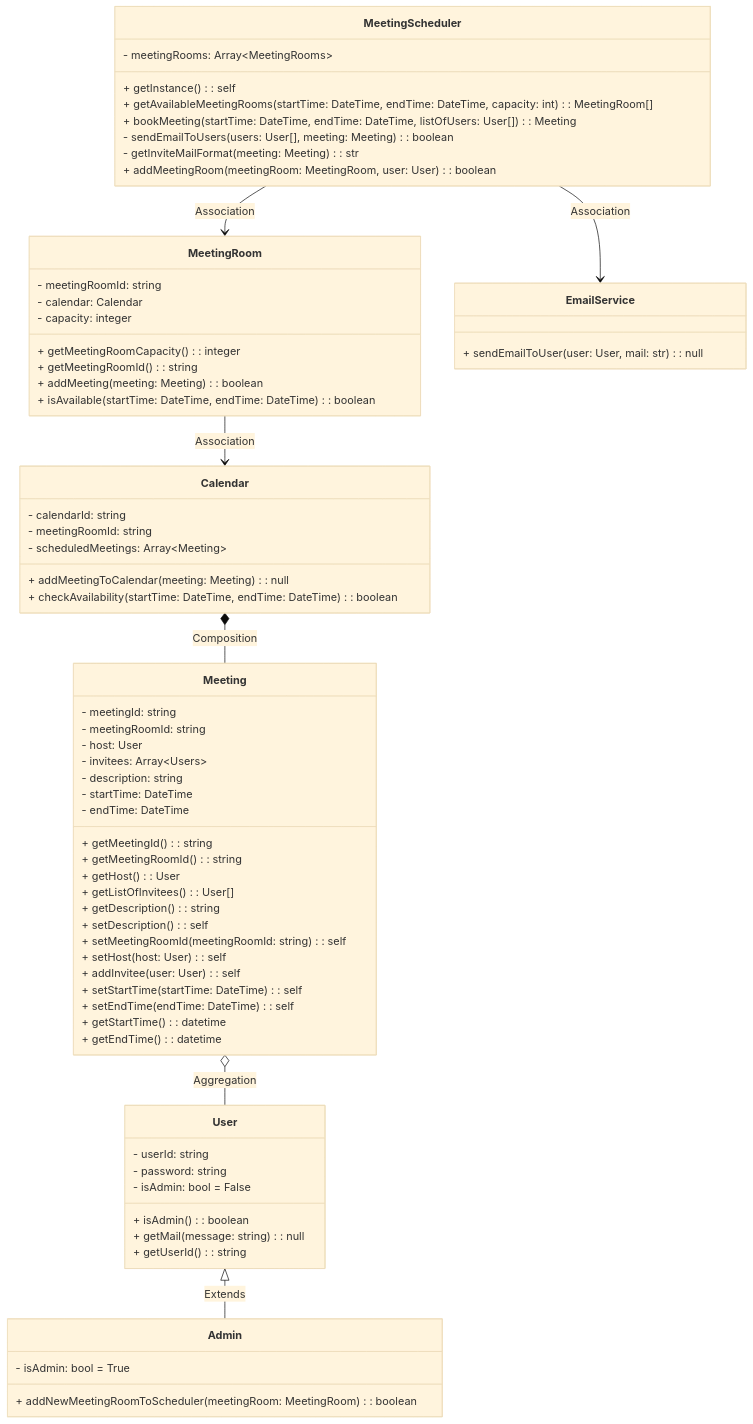
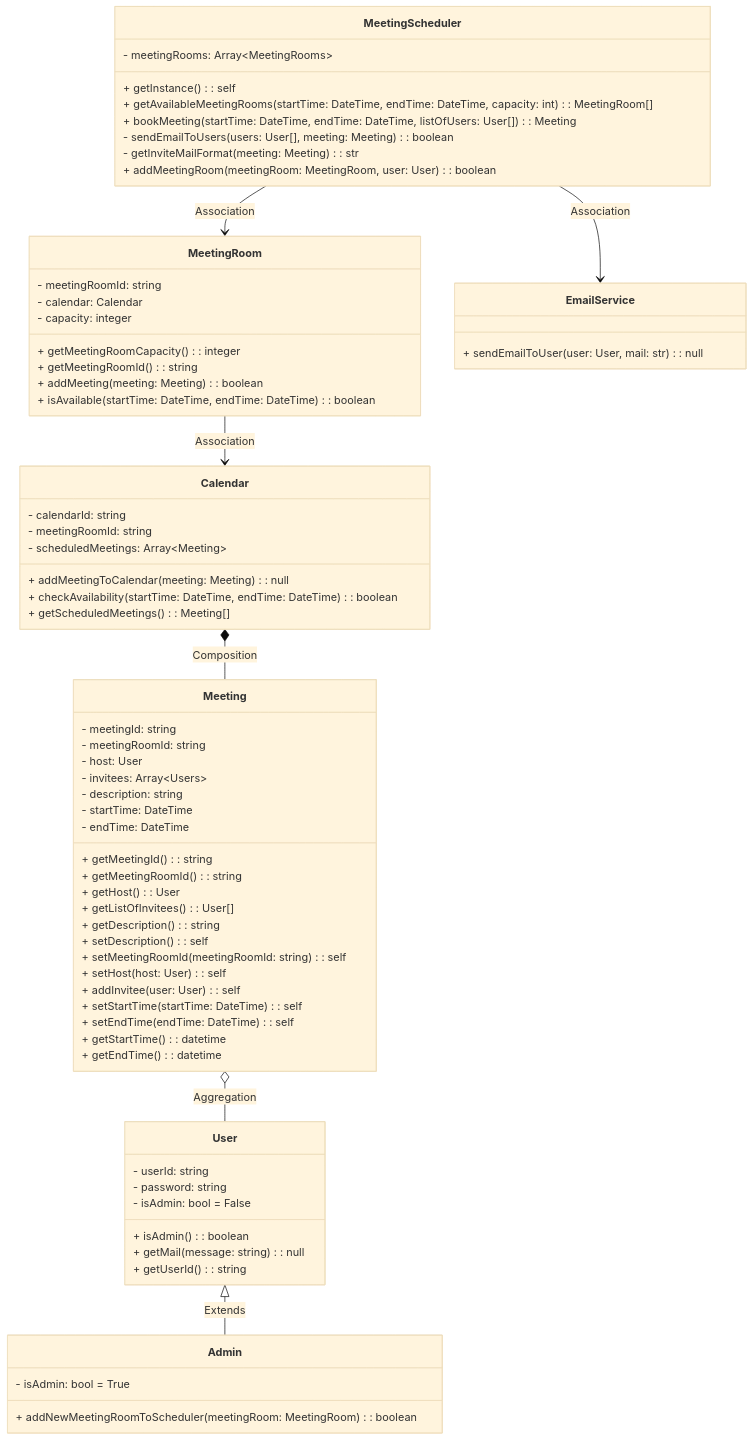
One commit to vinaycchndra/Python_LLDs changed the diagram in MeetingScheduler/ReadMe.md. Above: the diagram before and after it, drawn with Mermaid (base theme). The commit also changed 2 other files, not shown here.

Commit message:
added the test case for the calendar.

````diff
--- a/MeetingScheduler/ReadMe.md
+++ b/MeetingScheduler/ReadMe.md
@@ -38,81 +38,82 @@
 ```mermaid
 classDiagram
     class MeetingScheduler{
     - meetingRooms: Array~MeetingRooms~
     + getInstance(): self
     + getAvailableMeetingRooms(startTime: DateTime, endTime: DateTime, capacity: int): MeetingRoom[]
     + bookMeeting(startTime: DateTime, endTime: DateTime, listOfUsers: User[]): Meeting
     - sendEmailToUsers(users: User[], meeting: Meeting): boolean
     - getInviteMailFormat(meeting: Meeting): str
     + addMeetingRoom(meetingRoom: MeetingRoom, user: User): boolean
     }
 
     MeetingScheduler --> MeetingRoom: Association 
     MeetingScheduler --> EmailService: Association
 
     class EmailService{
         + sendEmailToUser(user: User, mail: str): null
     }
 
     class MeetingRoom{
         - meetingRoomId: string
         - calendar: Calendar
         - capacity: integer
         + getMeetingRoomCapacity(): integer
         + getMeetingRoomId(): string
         + addMeeting(meeting: Meeting): boolean
         + isAvailable(startTime: DateTime, endTime: DateTime): boolean
     }
 
     class Calendar{
         - calendarId: string
         - meetingRoomId: string
         - scheduledMeetings: Array~Meeting~
         + addMeetingToCalendar(meeting: Meeting): null
         + checkAvailability(startTime: DateTime, endTime: DateTime): boolean
+        + getScheduledMeetings(): Meeting[]
     }
     
     MeetingRoom --> Calendar: Association
     Calendar *-- Meeting: Composition
     
     class User{
         - userId: string
         - password: string
         - isAdmin: bool = False
         + isAdmin(): boolean
         + getMail(message: string): null 
         + getUserId(): string
     }
 
     User <|-- Admin: Extends
     
     class Admin{
         - isAdmin: bool = True
         + addNewMeetingRoomToScheduler(meetingRoom: MeetingRoom): boolean
     }
 
     class Meeting{
         - meetingId: string
         - meetingRoomId: string
         - host: User
         - invitees: Array~Users~
         - description: string
         - startTime: DateTime
         - endTime: DateTime
         + getMeetingId(): string
         + getMeetingRoomId(): string
         + getHost(): User
         + getListOfInvitees(): User[]
         + getDescription(): string
         + setDescription(): self
         + setMeetingRoomId(meetingRoomId: string): self
         + setHost(host: User): self
         + addInvitee(user: User): self
         + setStartTime(startTime: DateTime): self
         + setEndTime(endTime: DateTime): self
         + getStartTime(): datetime
         + getEndTime(): datetime
     }
 
     Meeting o-- User: Aggregation
 ```
````
